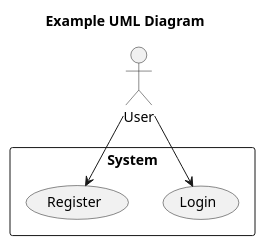
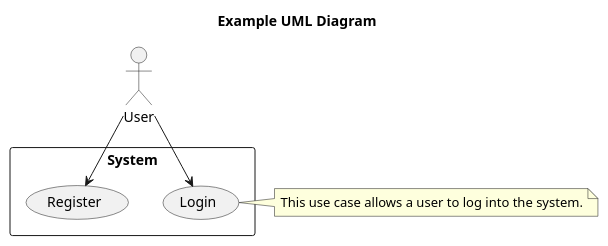
Before and after one commit to enriquelandaespes/mini_SNMP_agent_with_notifications: the diagram in mib_uml.wsd, drawn with PlantUML.

```diff
--- a/mib_uml.wsd
+++ b/mib_uml.wsd
@@ -1,11 +1,14 @@
 @startuml ExampleDiagram
 title Example UML Diagram
 
 actor User
 rectangle "System" {
   usecase "Login" as UC1
   usecase "Register" as UC2
 }
 User --> UC1
 User --> UC2
+note right of UC1
+  This use case allows a user to log into the system.
+end note
 @enduml
```
